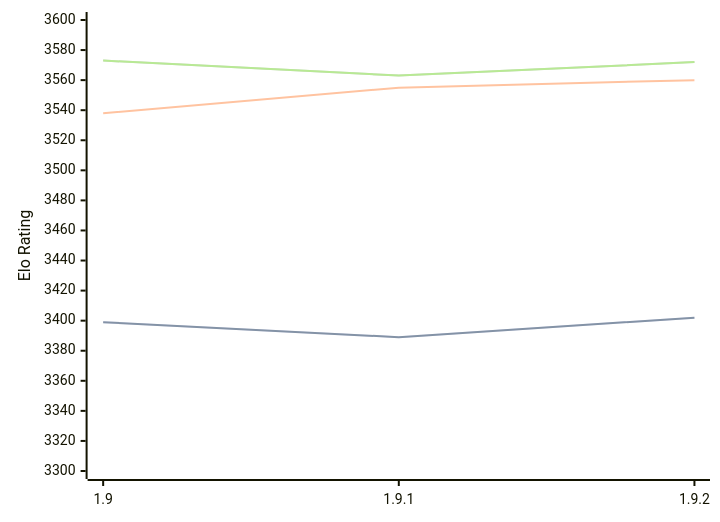
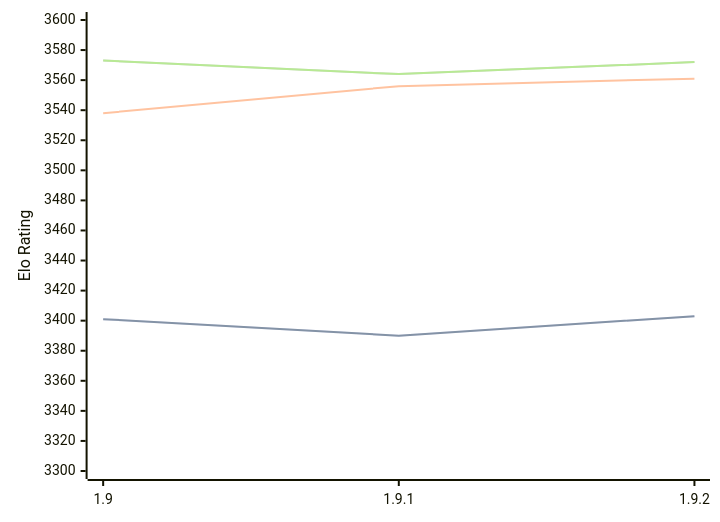
Before and after one commit to computer-chess-index/cci: the diagram in engines/Pawnocchio.md, drawn with Mermaid. The commit also changed other lines of this file, not shown here.

Commit message:
Update CCI Ratings (ELO VLTC) - 2026-04-07

````diff
--- a/engines/Pawnocchio.md
+++ b/engines/Pawnocchio.md
@@ -48,11 +48,11 @@
 ```mermaid
 %%{init: {"theme":"base","themeVariables":{"seriesColors:['#a3a3a3','#222221','#faa371']}}}%%
 xychart-beta
   x-axis ["1.9", "1.9.1", "1.9.2"]
   y-axis "Elo Rating" 3300 --> 3600
-  line "STC (8.0+0.08s)" [3399, 3389, 3402]
-  line "STC (8.0+0.08s)" [3399, 3389, 3402]
-  line "LTC (60.0+0.60s)" [3538, 3555, 3560]
-  line "VLTC (2m24s+1.12s)" [3573, 3563, 3572]
-  line "VLTC (2m24s+1.12s)" [3573, 3563, 3572]
+  line "STC (8.0+0.08s)" [3401, 3390, 3403]
+  line "STC (8.0+0.08s)" [3401, 3390, 3403]
+  line "LTC (60.0+0.60s)" [3538, 3556, 3561]
+  line "VLTC (2m24s+1.12s)" [3573, 3564, 3572]
+  line "VLTC (2m24s+1.12s)" [3573, 3564, 3572]
 ```
````
